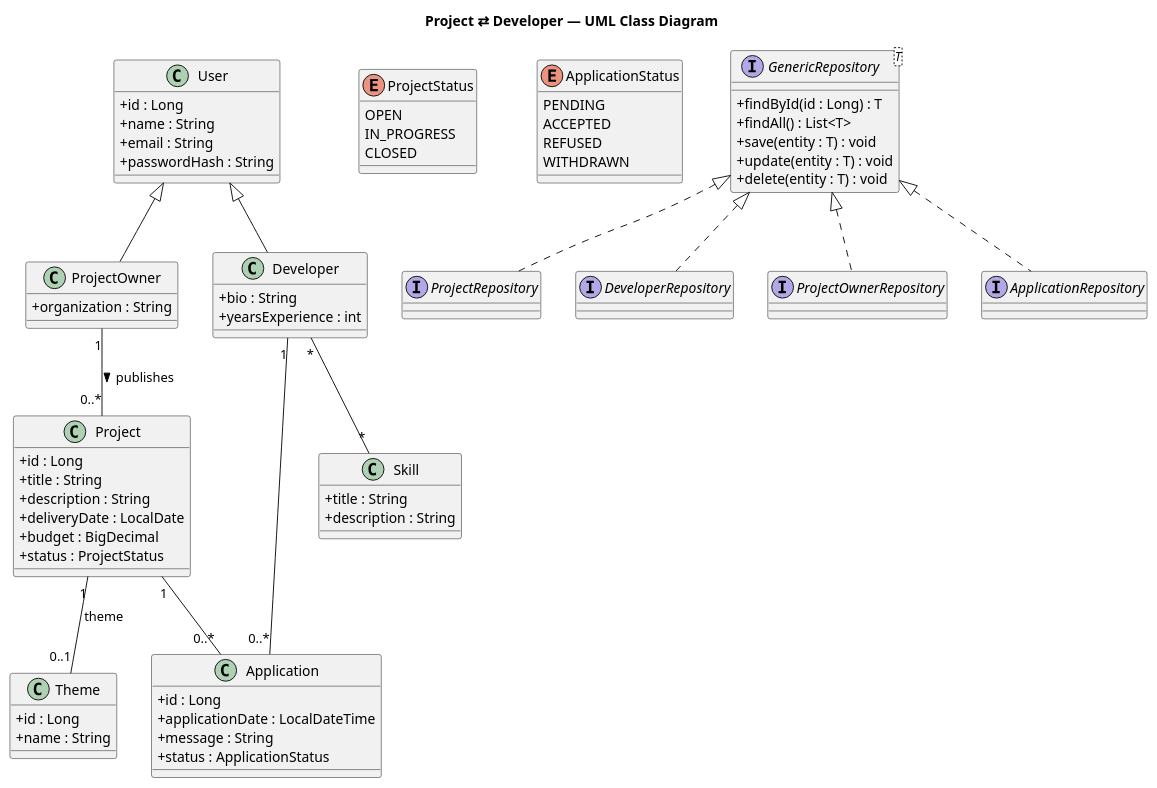
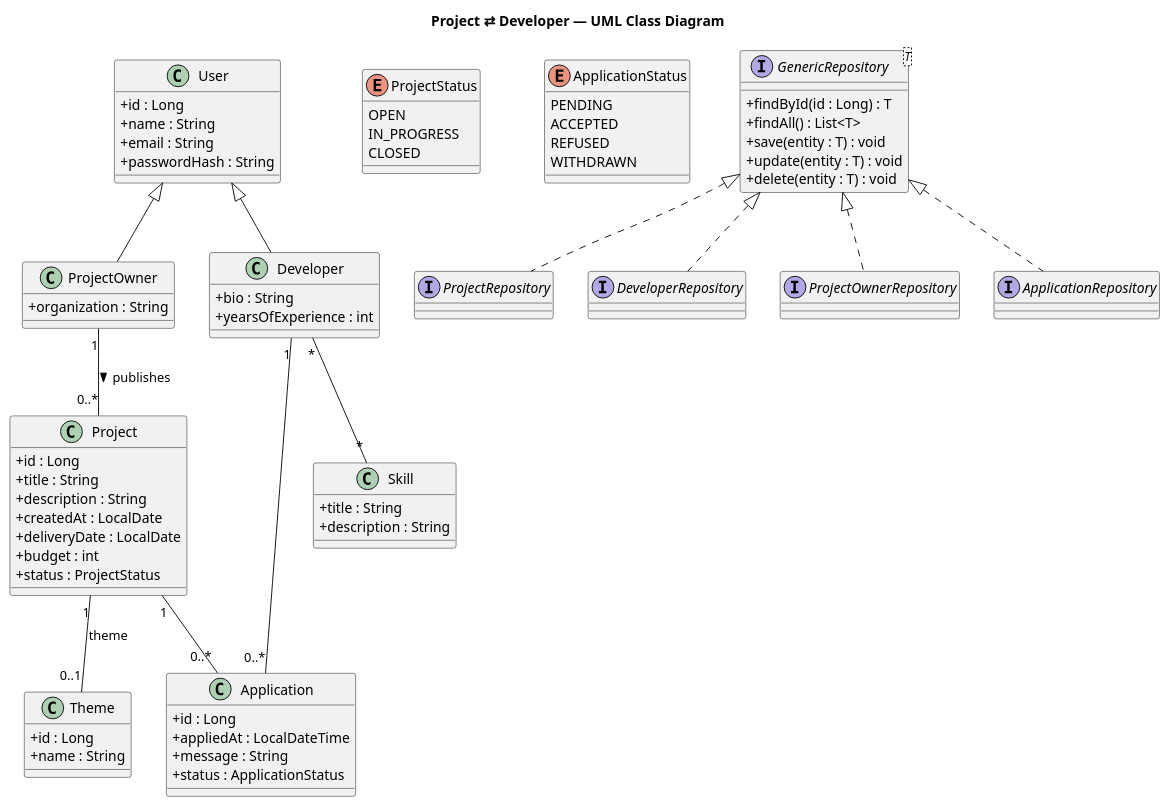
The diagram in diagram.puml (timlapov/project2dev), drawn with PlantUML before and after one commit. The commit also changed 3 other files, not shown here.

```diff
--- a/diagram.puml
+++ b/diagram.puml
@@ -1,107 +1,108 @@
 @startuml
 skinparam classAttributeIconSize 0
 title Project ⇄ Developer — UML Class Diagram
 
 ' =======================
 ' Base Entities (Users)
 ' =======================
 class User {
   +id : Long
   +name : String
   +email : String
   +passwordHash : String
 }
 
 class ProjectOwner {
   +organization : String
 }
 
 class Developer {
   +bio : String
-  +yearsExperience : int
+  +yearsOfExperience : int
 }
 
 User <|-- ProjectOwner
 User <|-- Developer
 
 ' =======================
 ' Projects
 ' =======================
 class Project {
   +id : Long
   +title : String
   +description : String
+  +createdAt : LocalDate
   +deliveryDate : LocalDate
-  +budget : BigDecimal
+  +budget : int
   +status : ProjectStatus
 }
 
 enum ProjectStatus {
   OPEN
   IN_PROGRESS
   CLOSED
 }
 
 ' =======================
 ' Themes
 ' =======================
 class Theme {
   +id : Long
   +name : String
 }
 
 Project "1" -- "0..1" Theme : theme
 ProjectOwner "1" -- "0..*" Project : publishes >
 
 ' =======================
 ' Applications
 ' =======================
 class Application {
   +id : Long
-  +applicationDate : LocalDateTime
+  +appliedAt : LocalDateTime
   +message : String
   +status : ApplicationStatus
 }
 
 enum ApplicationStatus {
   PENDING
   ACCEPTED
   REFUSED
   WITHDRAWN
 }
 
 Project "1" -- "0..*" Application
 Developer "1" -- "0..*" Application
 
 ' =======================
 ' Skills
 ' =======================
 class Skill {
   +title : String
   +description : String
 }
 
 Developer "*" -- "*" Skill
 
 ' =======================
 ' Repositories (JPA/Hibernate)
 ' =======================
 interface GenericRepository<T> {
   +findById(id : Long) : T
   +findAll() : List<T>
   +save(entity : T) : void
   +update(entity : T) : void
   +delete(entity : T) : void
 }
 
 interface ProjectRepository
 interface DeveloperRepository
 interface ProjectOwnerRepository
 interface ApplicationRepository
 
 GenericRepository <|.. ProjectRepository
 GenericRepository <|.. DeveloperRepository
 GenericRepository <|.. ProjectOwnerRepository
 GenericRepository <|.. ApplicationRepository
 
 @enduml
```
